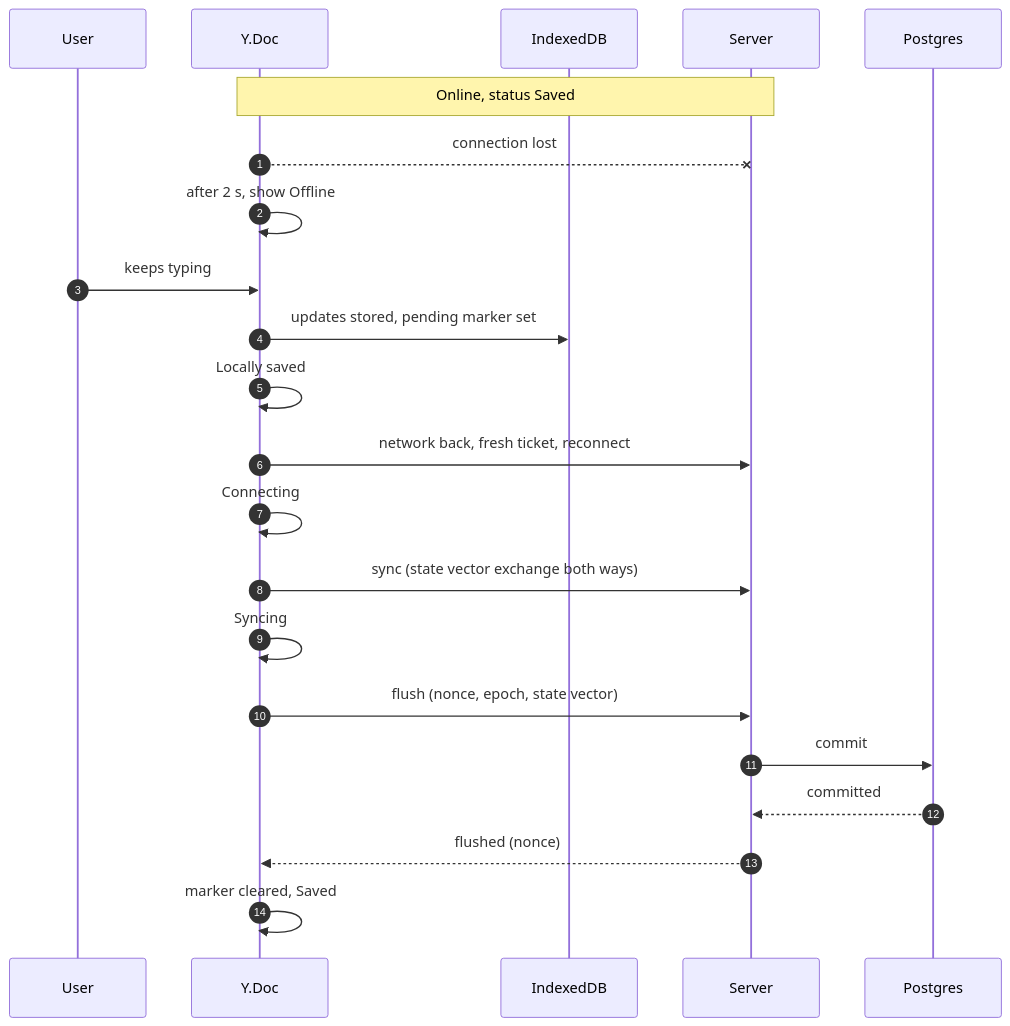
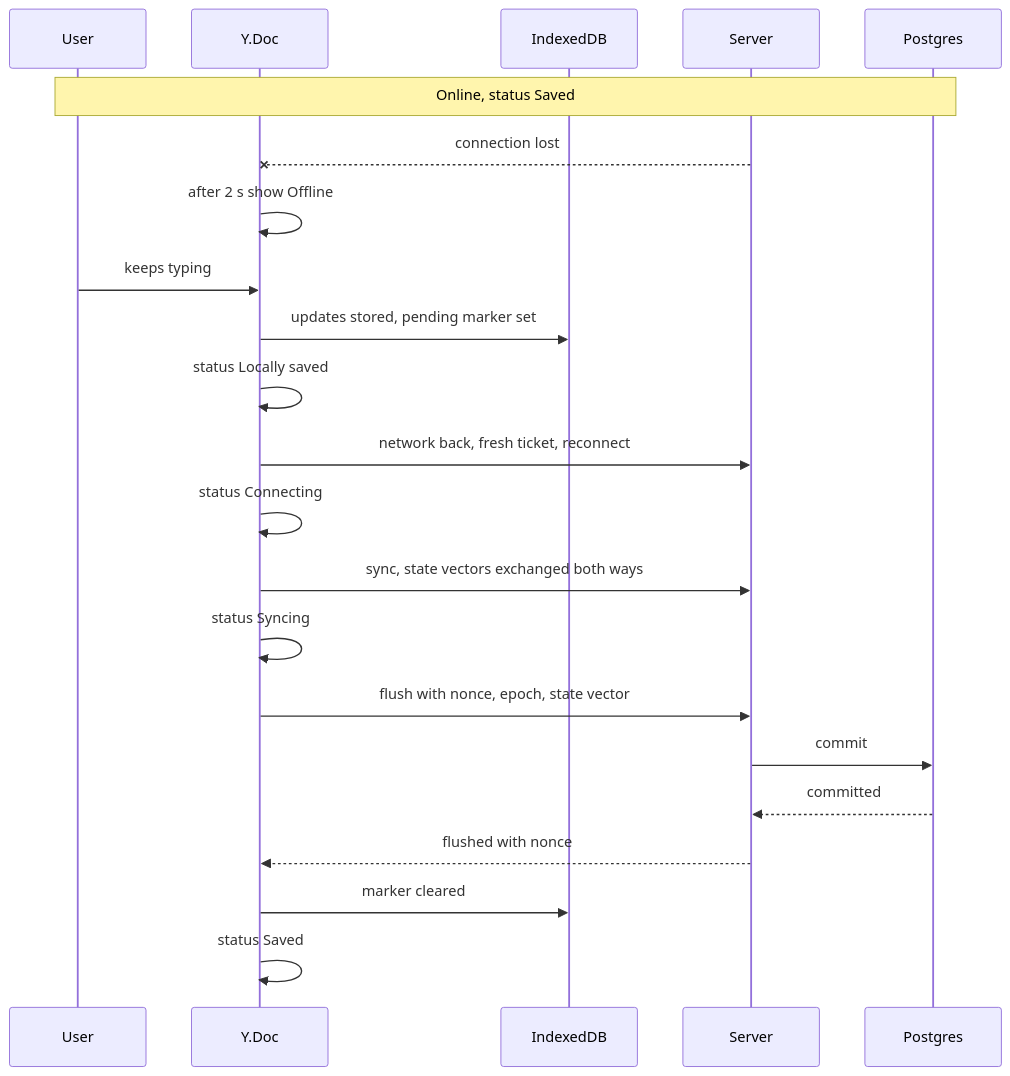
Before and after one commit to syncspace-app/syncspace: diagram 16 of 18 in docs/architecture-lld.md, drawn with Mermaid. The commit also changed other lines of this file and 2 other files, not shown here.

````diff
--- a/docs/architecture-lld.md
+++ b/docs/architecture-lld.md
@@ -722,25 +819,24 @@
 ```mermaid
 sequenceDiagram
-  autonumber
   participant U as User
-  participant C as Y.Doc
+  participant Y as Y.Doc
   participant I as IndexedDB
-  participant H as Server
-  participant D as Postgres
-
-  Note over C,H: Online, status Saved
-  C--xH: connection lost
-  C->>C: after 2 s, show Offline
-  U->>C: keeps typing
-  C->>I: updates stored, pending marker set
-  C->>C: Locally saved
-  C->>H: network back, fresh ticket, reconnect
-  C->>C: Connecting
-  C->>H: sync (state vector exchange both ways)
-  C->>C: Syncing
-  C->>H: flush (nonce, epoch, state vector)
-  H->>D: commit
-  D-->>H: committed
-  H-->>C: flushed (nonce)
-  C->>C: marker cleared, Saved
+  participant S as Server
+  participant P as Postgres
+  Note over U,P: Online, status Saved
+  S--xY: connection lost
+  Y->>Y: after 2 s show Offline
+  U->>Y: keeps typing
+  Y->>I: updates stored, pending marker set
+  Y->>Y: status Locally saved
+  Y->>S: network back, fresh ticket, reconnect
+  Y->>Y: status Connecting
+  Y->>S: sync, state vectors exchanged both ways
+  Y->>Y: status Syncing
+  Y->>S: flush with nonce, epoch, state vector
+  S->>P: commit
+  P-->>S: committed
+  S-->>Y: flushed with nonce
+  Y->>I: marker cleared
+  Y->>Y: status Saved
 ```
````
